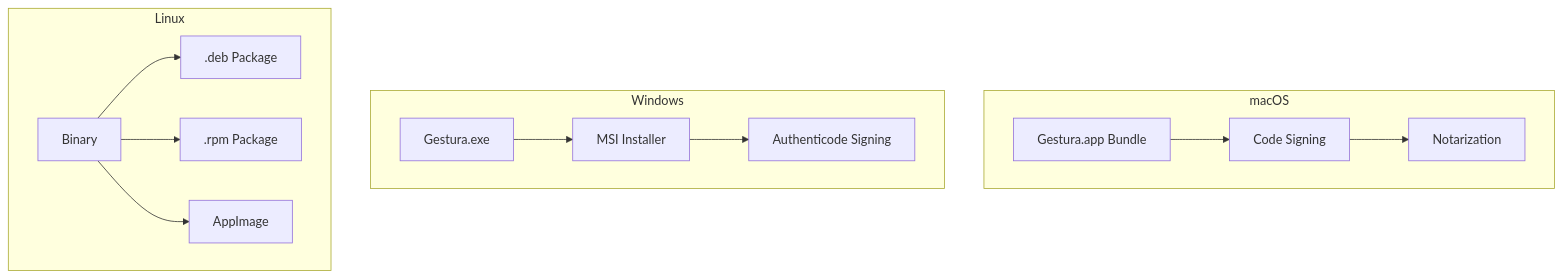
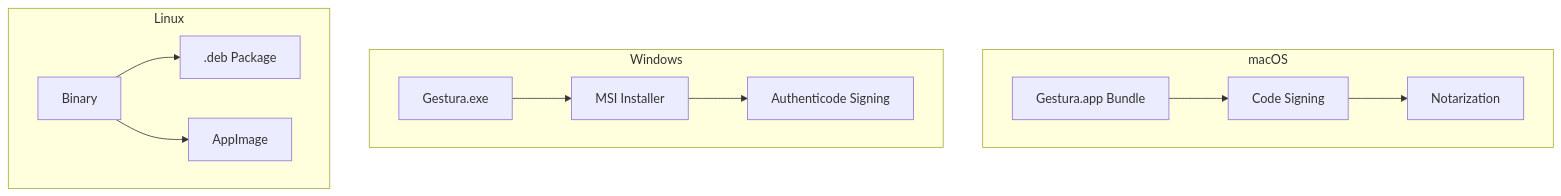
One commit to gestura-ai/gestura-app changed the eighth of 8 diagrams in docs/ARCHITECTURE.md. Above: the diagram before and after it, drawn with Mermaid. The commit also changed other lines of this file and 67 other files, not shown here.

````diff
--- a/docs/ARCHITECTURE.md
+++ b/docs/ARCHITECTURE.md
@@ -319,31 +448,29 @@
 ```mermaid
 graph TB
     subgraph "macOS"
         MAC_APP[Gestura.app Bundle]
         MAC_SIGN[Code Signing]
         MAC_NOTARY[Notarization]
     end
-    
+
     subgraph "Windows"
         WIN_EXE[Gestura.exe]
         WIN_MSI[MSI Installer]
         WIN_SIGN[Authenticode Signing]
     end
-    
+
     subgraph "Linux"
         LINUX_BIN[Binary]
         DEB[.deb Package]
-        RPM[.rpm Package]
         APPIMAGE[AppImage]
     end
-    
+
     MAC_APP --> MAC_SIGN
     MAC_SIGN --> MAC_NOTARY
-    
+
     WIN_EXE --> WIN_MSI
     WIN_MSI --> WIN_SIGN
-    
+
     LINUX_BIN --> DEB
-    LINUX_BIN --> RPM
     LINUX_BIN --> APPIMAGE
 ```
````
